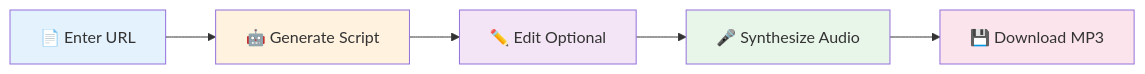
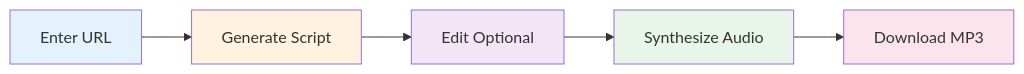
One commit to Hazenbox/Vani-ai changed the first of 2 diagrams in README.md. Above: the diagram before and after it, drawn with Mermaid. The commit also changed other lines of this file, not shown here.

````diff
--- a/README.md
+++ b/README.md
@@ -209,13 +216,13 @@
 ```mermaid
 graph LR
-    A[📄 Enter URL] --> B[🤖 Generate Script]
-    B --> C[✏️ Edit Optional]
-    C --> D[🎤 Synthesize Audio]
-    D --> E[💾 Download MP3]
+    A[Enter URL] --> B[Generate Script]
+    B --> C[Edit Optional]
+    C --> D[Synthesize Audio]
+    D --> E[Download MP3]
     
     style A fill:#e3f2fd
     style B fill:#fff3e0
     style C fill:#f3e5f5
     style D fill:#e8f5e9
     style E fill:#fce4ec
 ```
````
